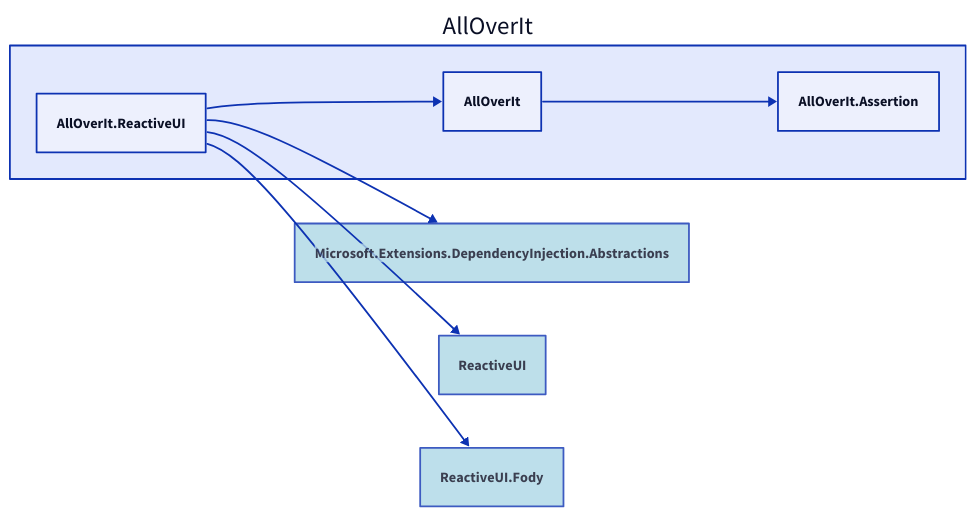
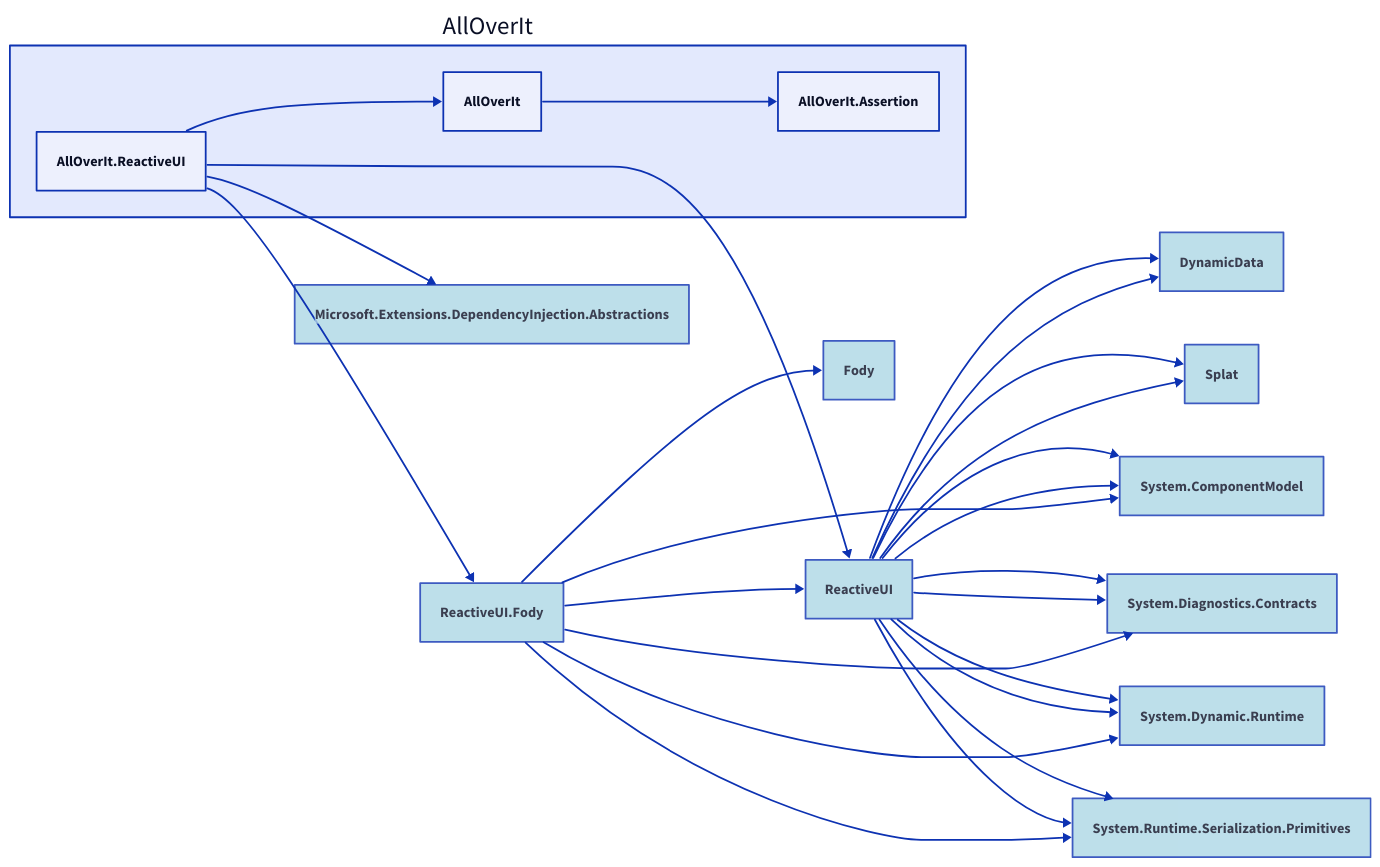
One commit to nickathone/AllOverIt changed the diagram in Docs/Dependencies/alloverit-reactiveui.d2. Above: the diagram before and after it, drawn with D2. The commit also changed 48 other files, not shown here.

Commit message:
Some dependency diagram updates - WIP

```diff
--- a/Docs/Dependencies/alloverit-reactiveui.d2
+++ b/Docs/Dependencies/alloverit-reactiveui.d2
@@ -1,21 +1,60 @@
 direction: right
 
 aoi: AllOverIt
 aoi.alloverit-reactiveui: AllOverIt.ReactiveUI
 aoi.alloverit: AllOverIt
 aoi.alloverit-assertion: AllOverIt.Assertion
 microsoft-extensions-dependencyinjection-abstractions: Microsoft.Extensions.DependencyInjection.Abstractions
 microsoft-extensions-dependencyinjection-abstractions.style.fill: lightblue
 microsoft-extensions-dependencyinjection-abstractions.style.opacity: 0.8
 reactiveui: ReactiveUI
 reactiveui.style.fill: lightblue
 reactiveui.style.opacity: 0.8
+dynamicdata: DynamicData
+dynamicdata.style.fill: lightblue
+dynamicdata.style.opacity: 0.8
+splat: Splat
+splat.style.fill: lightblue
+splat.style.opacity: 0.8
+system-componentmodel: System.ComponentModel
+system-componentmodel.style.fill: lightblue
+system-componentmodel.style.opacity: 0.8
+system-diagnostics-contracts: System.Diagnostics.Contracts
+system-diagnostics-contracts.style.fill: lightblue
+system-diagnostics-contracts.style.opacity: 0.8
+system-dynamic-runtime: System.Dynamic.Runtime
+system-dynamic-runtime.style.fill: lightblue
+system-dynamic-runtime.style.opacity: 0.8
+system-runtime-serialization-primitives: System.Runtime.Serialization.Primitives
+system-runtime-serialization-primitives.style.fill: lightblue
+system-runtime-serialization-primitives.style.opacity: 0.8
 reactiveui-fody: ReactiveUI.Fody
 reactiveui-fody.style.fill: lightblue
 reactiveui-fody.style.opacity: 0.8
+fody: Fody
+fody.style.fill: lightblue
+fody.style.opacity: 0.8
 
 aoi.alloverit <- aoi.alloverit-reactiveui
 aoi.alloverit-assertion <- aoi.alloverit
 microsoft-extensions-dependencyinjection-abstractions <- aoi.alloverit-reactiveui
 reactiveui <- aoi.alloverit-reactiveui
+dynamicdata <- reactiveui
+splat <- reactiveui
+system-componentmodel <- reactiveui
+system-diagnostics-contracts <- reactiveui
+system-dynamic-runtime <- reactiveui
+system-runtime-serialization-primitives <- reactiveui
 reactiveui-fody <- aoi.alloverit-reactiveui
+reactiveui <- reactiveui-fody
+dynamicdata <- reactiveui
+splat <- reactiveui
+system-componentmodel <- reactiveui
+system-diagnostics-contracts <- reactiveui
+system-dynamic-runtime <- reactiveui
+system-runtime-serialization-primitives <- reactiveui
+fody <- reactiveui-fody
+system-componentmodel <- reactiveui-fody
+system-diagnostics-contracts <- reactiveui-fody
+system-dynamic-runtime <- reactiveui-fody
+system-runtime-serialization-primitives <- reactiveui-fody
```
